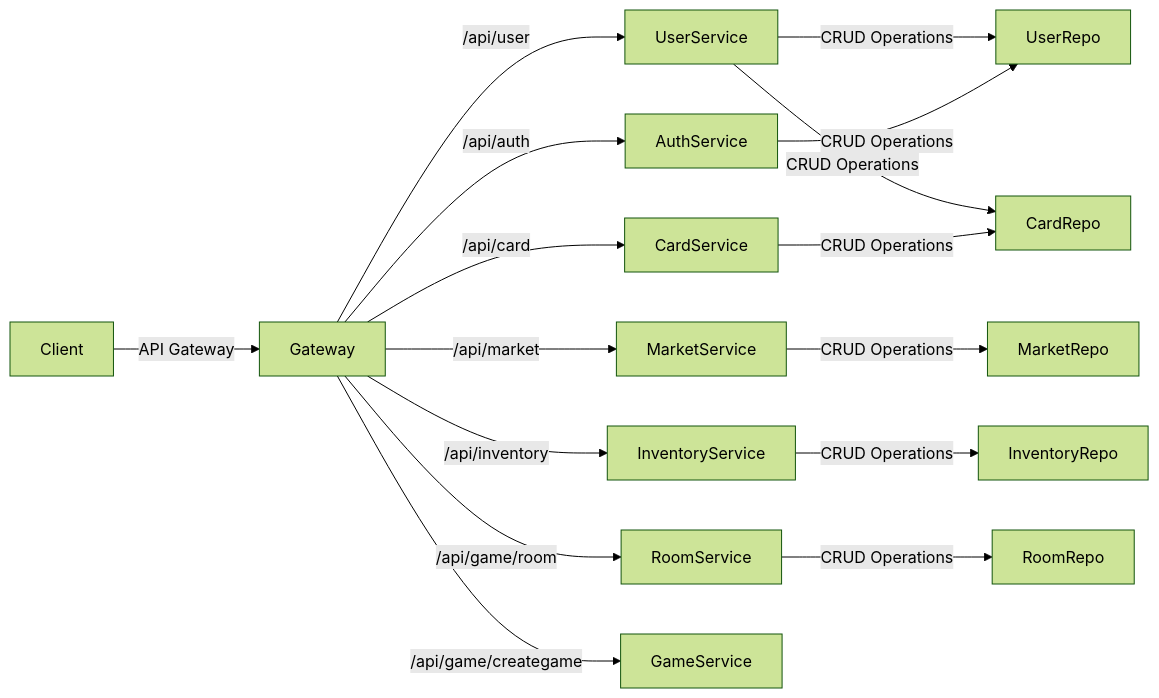
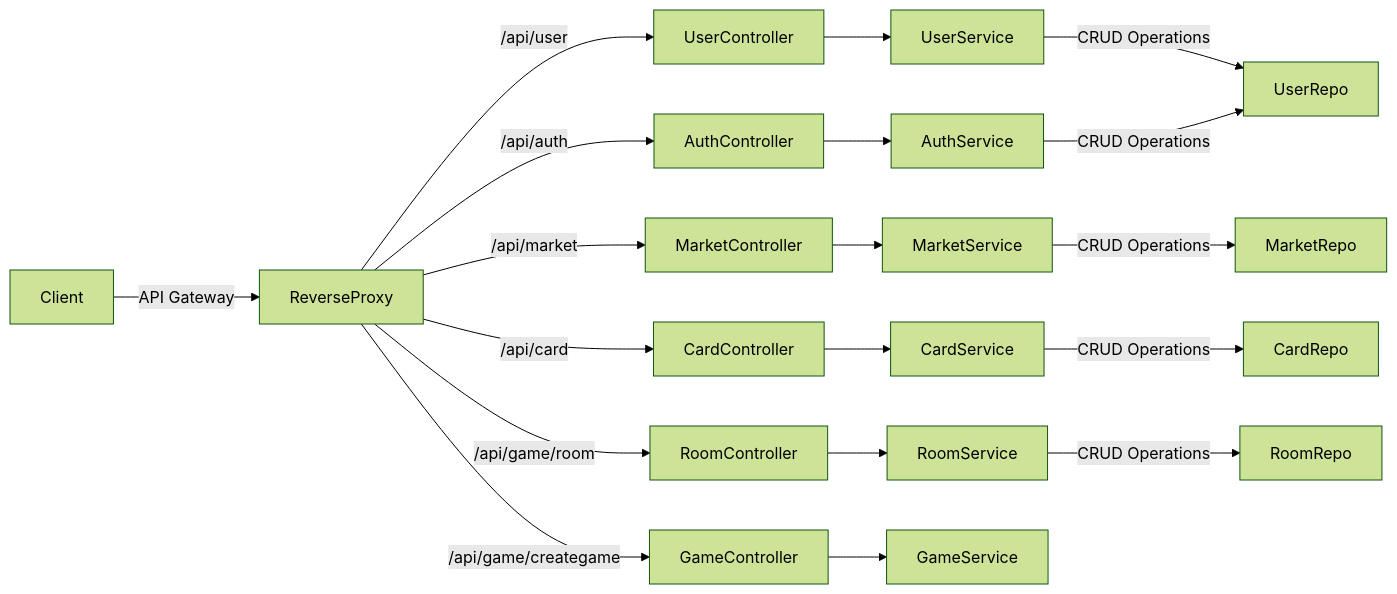
The first of 6 diagrams in README.md (Amine-HADJ/Atelier3-SpringBoot), drawn with Mermaid (forest theme) before and after one commit. The commit also changed other lines of this file, not shown here.

````diff
--- a/README.md
+++ b/README.md
@@ -2,19 +2,23 @@
 ```mermaid
 graph LR
- Client -->|API Gateway| Gateway
- Gateway -->|/api/user| UserService
- Gateway -->|/api/auth| AuthService
- Gateway -->|/api/market| MarketService
- Gateway -->|/api/card| CardService
- Gateway -->|/api/inventory| InventoryService
- Gateway -->|/api/game/room| RoomService
- Gateway -->|/api/game/creategame| GameService
+ Client -->|API Gateway| ReverseProxy
+ ReverseProxy -->|/api/user| UserController
+ ReverseProxy -->|/api/auth| AuthController
+ ReverseProxy -->|/api/market| MarketController
+ ReverseProxy -->|/api/card| CardController
+ ReverseProxy -->|/api/game/room| RoomController
+ ReverseProxy -->|/api/game/creategame| GameController
+
+ UserController -->| | UserService
+ AuthController -->| | AuthService
+ MarketController -->| | MarketService
+ CardController -->| | CardService
+ RoomController -->| | RoomService
+ GameController -->| | GameService
 
  UserService -->|CRUD Operations| UserRepo
- UserService -->|CRUD Operations| CardRepo
  AuthService -->|CRUD Operations| UserRepo
  CardService -->|CRUD Operations| CardRepo
- InventoryService -->|CRUD Operations| InventoryRepo
  MarketService -->|CRUD Operations| MarketRepo
  RoomService -->|CRUD Operations| RoomRepo
 ```
````
